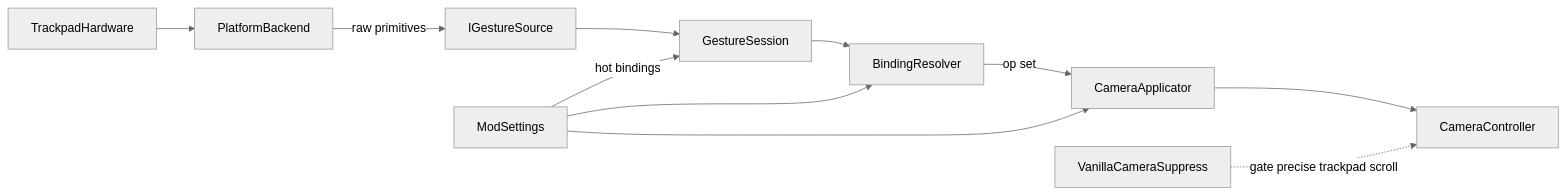
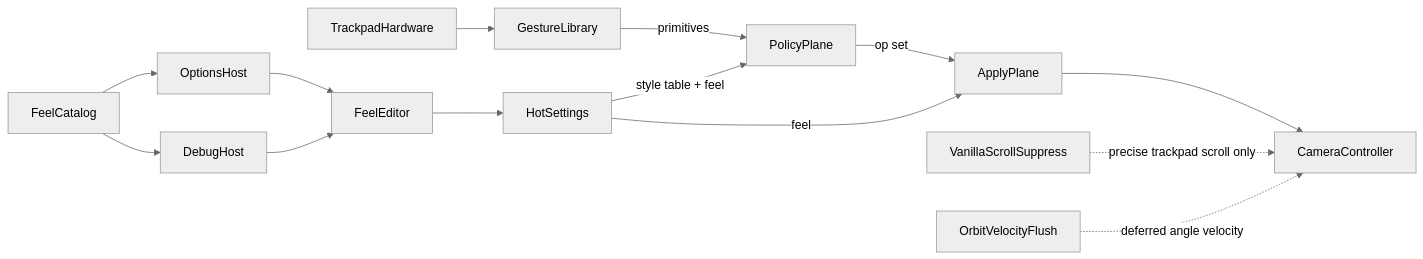
One commit to betsalel-williamson/CSL-TrackpadCameraControl changed the diagram in docs/features/system-architecture.md. Above: the diagram before and after it, drawn with Mermaid (neutral theme). The commit also changed other lines of this file and 327 other files, not shown here.

````diff
--- a/docs/features/system-architecture.md
+++ b/docs/features/system-architecture.md
@@ -9,23 +31,29 @@
 ```mermaid
 flowchart LR
   trackpad[TrackpadHardware]
-  backend[PlatformBackend]
-  source[IGestureSource]
-  session[GestureSession]
-  resolve[BindingResolver]
-  apply[CameraApplicator]
-  settings[ModSettings]
-  suppress[VanillaCameraSuppress]
+  library[GestureLibrary]
+  policy[PolicyPlane]
+  apply[ApplyPlane]
+  catalog[FeelCatalog]
+  editor[FeelEditor]
+  optionsHost[OptionsHost]
+  debugHost[DebugHost]
+  settings[HotSettings]
+  suppress[VanillaScrollSuppress]
+  orbitFlush[OrbitVelocityFlush]
   cam[CameraController]
 
-  trackpad --> backend
-  backend -->|"raw primitives"| source
-  source --> session
-  session --> resolve
-  settings -->|"hot bindings"| session
-  settings --> resolve
-  settings --> apply
-  resolve -->|"op set"| apply
+  trackpad --> library
+  library -->|"primitives"| policy
+  settings -->|"style table + feel"| policy
+  settings -->|"feel"| apply
+  catalog --> optionsHost
+  catalog --> debugHost
+  editor --> settings
+  optionsHost --> editor
+  debugHost --> editor
+  policy -->|"op set"| apply
   apply --> cam
-  suppress -.->|"gate precise trackpad scroll"| cam
+  suppress -.->|"precise trackpad scroll only"| cam
+  orbitFlush -.->|"deferred angle velocity"| cam
 ```
````
